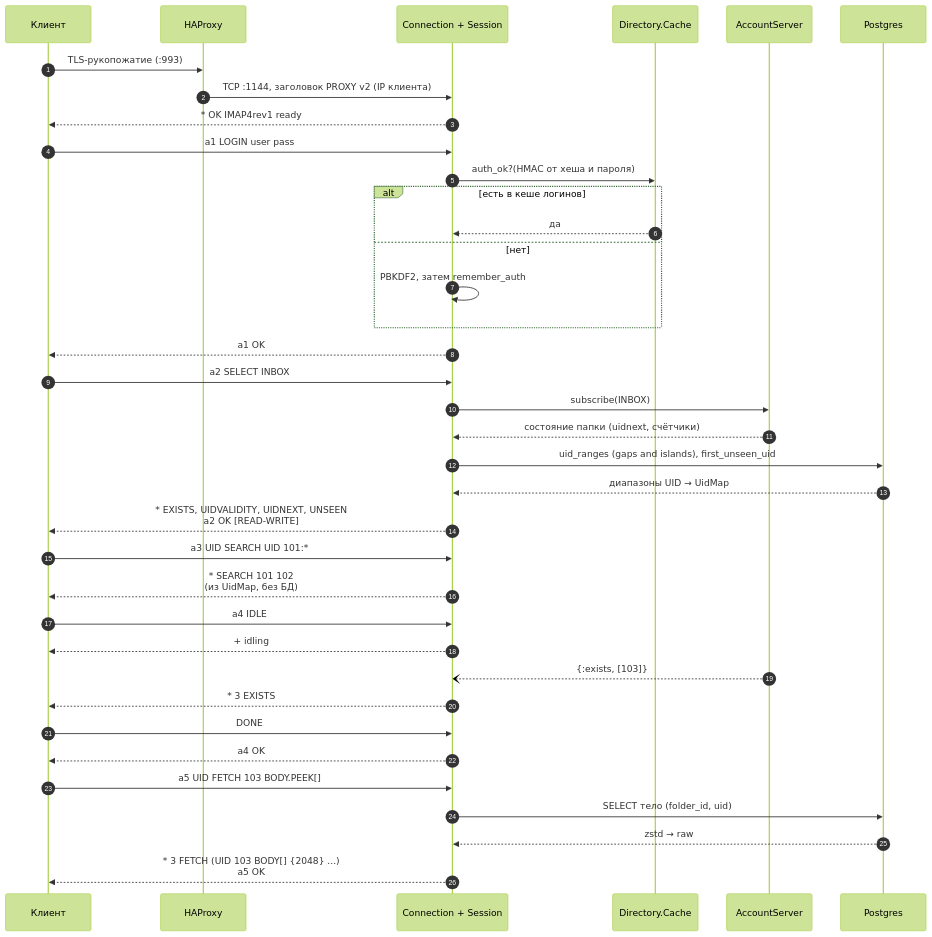
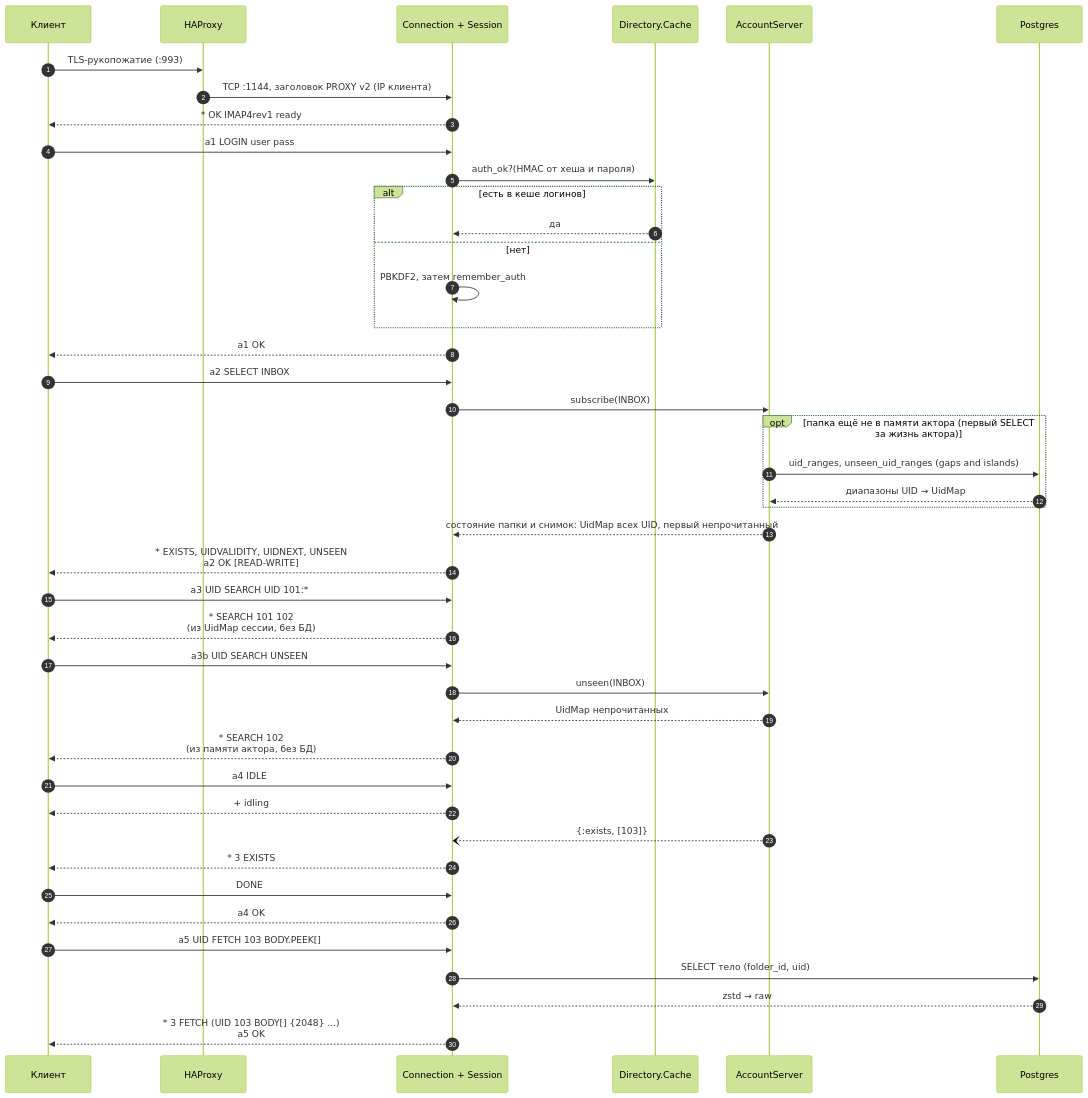
One commit to ichi404gh/mailstore changed the fifth of 7 diagrams in docs/architecture.md. Above: the diagram before and after it, drawn with Mermaid (forest theme). The commit also changed other lines of this file and 14 other files, not shown here.

First line of the commit message:
Serve SELECT and SEARCH UNSEEN from the account actor's memory

````diff
--- a/docs/architecture.md
+++ b/docs/architecture.md
@@ -171,40 +171,46 @@
 ```mermaid
 sequenceDiagram
   autonumber
   participant Cl as Клиент
   participant H as HAProxy
   participant C as Connection + Session
   participant DC as Directory.Cache
   participant A as AccountServer
   participant PG as Postgres
 
   Cl->>H: TLS-рукопожатие (:993)
   H->>C: TCP :1144, заголовок PROXY v2 (IP клиента)
   C-->>Cl: * OK IMAP4rev1 ready
   Cl->>C: a1 LOGIN user pass
   C->>DC: auth_ok?(HMAC от хеша и пароля)
   alt есть в кеше логинов
     DC-->>C: да
   else нет
     C->>C: PBKDF2, затем remember_auth
   end
   C-->>Cl: a1 OK
   Cl->>C: a2 SELECT INBOX
   C->>A: subscribe(INBOX)
-  A-->>C: состояние папки (uidnext, счётчики)
-  C->>PG: uid_ranges (gaps and islands), first_unseen_uid
-  PG-->>C: диапазоны UID → UidMap
+  opt папка ещё не в памяти актора (первый SELECT за жизнь актора)
+    A->>PG: uid_ranges, unseen_uid_ranges (gaps and islands)
+    PG-->>A: диапазоны UID → UidMap
+  end
+  A-->>C: состояние папки и снимок: UidMap всех UID, первый непрочитанный
   C-->>Cl: * EXISTS, UIDVALIDITY, UIDNEXT, UNSEEN<br/>a2 OK [READ-WRITE]
   Cl->>C: a3 UID SEARCH UID 101:*
-  C-->>Cl: * SEARCH 101 102<br/>(из UidMap, без БД)
+  C-->>Cl: * SEARCH 101 102<br/>(из UidMap сессии, без БД)
+  Cl->>C: a3b UID SEARCH UNSEEN
+  C->>A: unseen(INBOX)
+  A-->>C: UidMap непрочитанных
+  C-->>Cl: * SEARCH 102<br/>(из памяти актора, без БД)
   Cl->>C: a4 IDLE
   C-->>Cl: + idling
   A--)C: {:exists, [103]}
   C-->>Cl: * 3 EXISTS
   Cl->>C: DONE
   C-->>Cl: a4 OK
   Cl->>C: a5 UID FETCH 103 BODY.PEEK[]
   C->>PG: SELECT тело (folder_id, uid)
   PG-->>C: zstd → raw
   C-->>Cl: * 3 FETCH (UID 103 BODY[] {2048} ...)<br/>a5 OK
 ```
````
